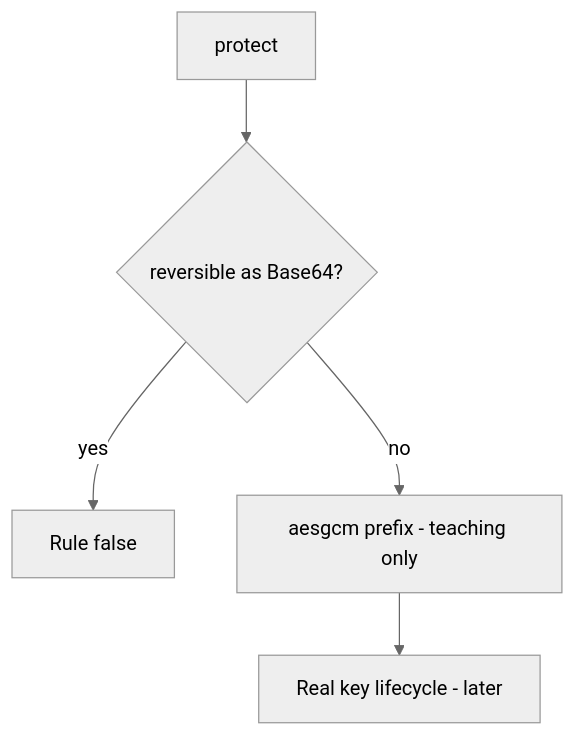
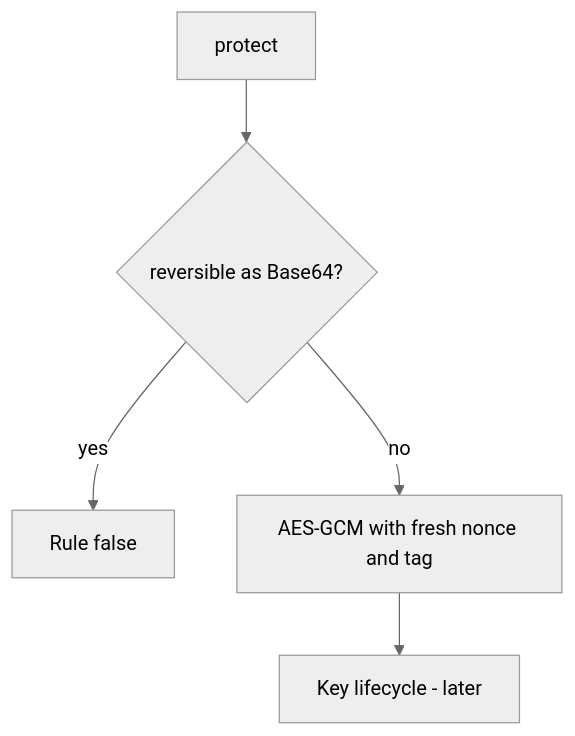
One commit to ishitvagoel/LearnSecurity changed the diagram in content/modules/5/5.2/lessons/04-build.md. Above: the diagram before and after it, drawn with Mermaid (neutral theme). The commit also changed other lines of this file and 86 other files, not shown here.

````diff
--- a/content/modules/5/5.2/lessons/04-build.md
+++ b/content/modules/5/5.2/lessons/04-build.md
@@ -16,7 +16,7 @@
 ```mermaid
 flowchart TD
   Call[protect] --> Enc{"reversible as Base64?"}
   Enc -->|yes| Fail[Rule false]
-  Enc -->|no| Flag["aesgcm prefix - teaching only"]
-  Flag --> Keys["Real key lifecycle - later"]
+  Enc -->|no| AEAD["AES-GCM with fresh nonce and tag"]
+  AEAD --> Keys["Key lifecycle - later"]
 ```
````
